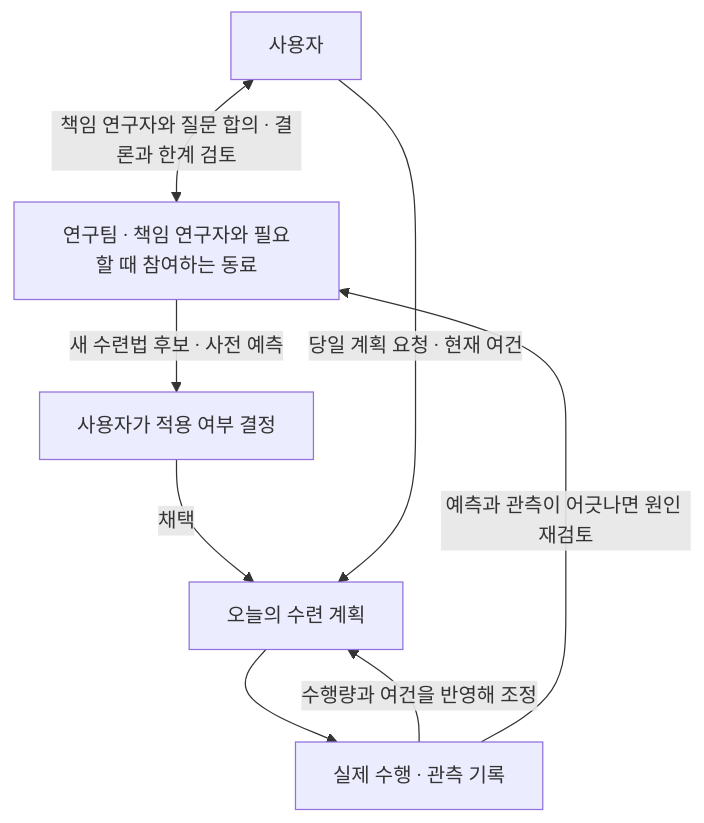
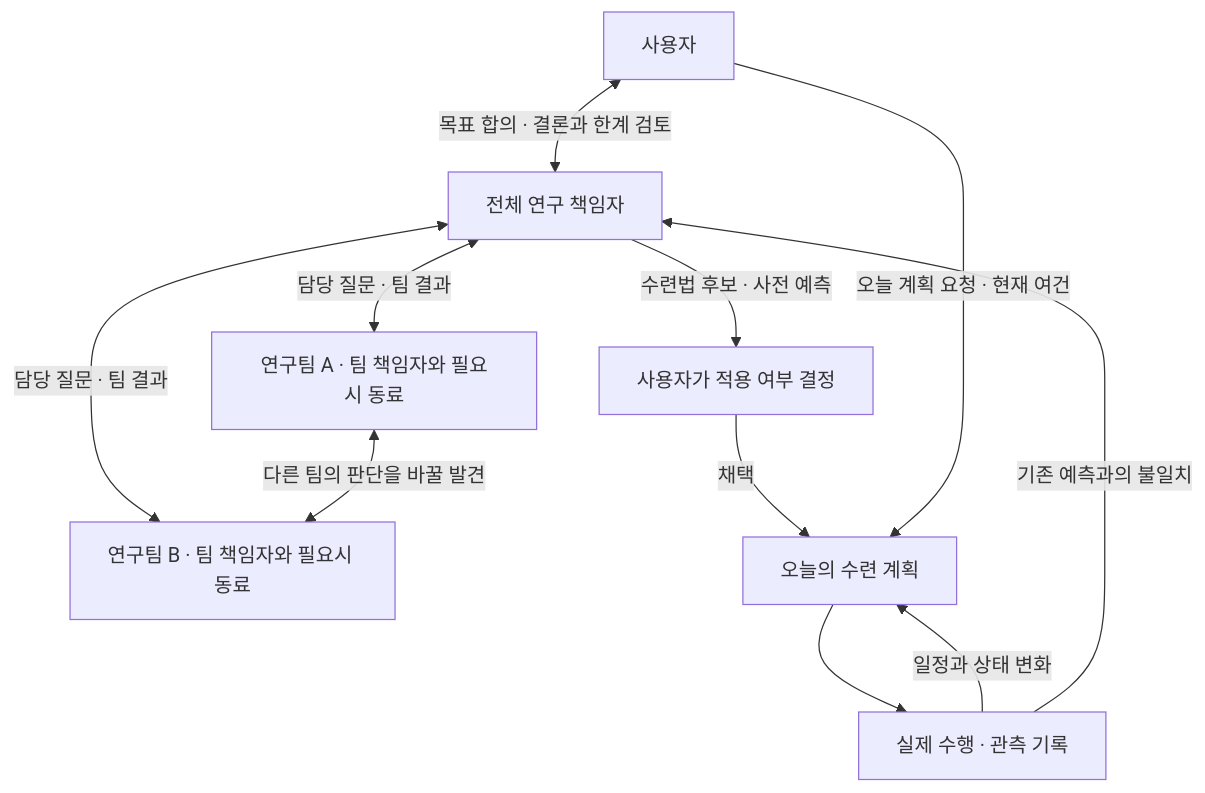
Before and after one commit to Rmayana/frontier-research-harness: the first of 2 diagrams in docs/DESIGN.md, drawn with Mermaid. The commit also changed other lines of this file, not shown here.

````diff
--- a/docs/DESIGN.md
+++ b/docs/DESIGN.md
@@ -9,10 +7,13 @@
 ```mermaid
 flowchart TD
-    U["사용자"] <-->|"책임 연구자와 질문 합의 · 결론과 한계 검토"| T["연구팀 · 책임 연구자와 필요할 때 참여하는 동료"]
-    T -->|"새 수련법 후보 · 사전 예측"| D["사용자가 적용 여부 결정"]
+    U["사용자"] <-->|"목표 합의 · 결론과 한계 검토"| G["전체 연구 책임자"]
+    G <-->|"담당 질문 · 팀 결과"| A["연구팀 A · 팀 책임자와 필요시 동료"]
+    G <-->|"담당 질문 · 팀 결과"| B["연구팀 B · 팀 책임자와 필요시 동료"]
+    A <-->|"다른 팀의 판단을 바꿀 발견"| B
+    G -->|"수련법 후보 · 사전 예측"| D["사용자가 적용 여부 결정"]
     D -->|"채택"| P["오늘의 수련 계획"]
-    U -->|"당일 계획 요청 · 현재 여건"| P
+    U -->|"오늘 계획 요청 · 현재 여건"| P
     P --> O["실제 수행 · 관측 기록"]
-    O -->|"수행량과 여건을 반영해 조정"| P
-    O -->|"예측과 관측이 어긋나면 원인 재검토"| T
+    O -->|"일정과 상태 변화"| P
+    O -->|"기존 예측과의 불일치"| G
 ```
````
